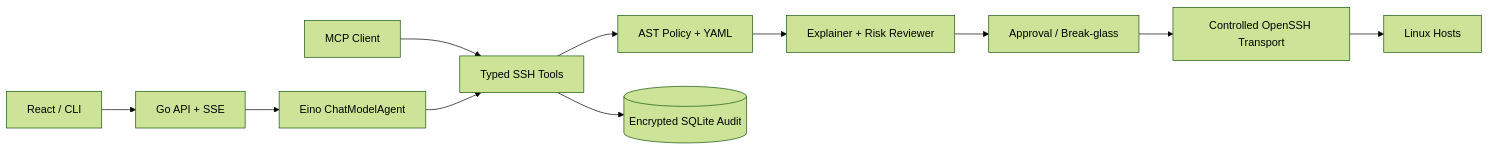
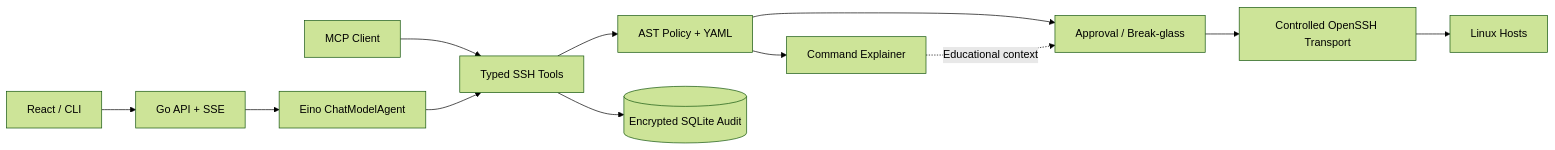
One commit to Enterpr1se0/eino-ops-agent changed the diagram in README.md. Above: the diagram before and after it, drawn with Mermaid (forest theme). The commit also changed other lines of this file and 13 other files, not shown here.

````diff
--- a/README.md
+++ b/README.md
@@ -21,13 +21,14 @@
 ```mermaid
 flowchart LR
     UI[React / CLI] --> API[Go API + SSE]
     API --> Eino[Eino ChatModelAgent]
     MCP[MCP Client] --> Tools[Typed SSH Tools]
     Eino --> Tools
     Tools --> Policy[AST Policy + YAML]
-    Policy --> Review[Explainer + Risk Reviewer]
-    Review --> Approval[Approval / Break-glass]
+    Policy --> Approval[Approval / Break-glass]
+    Policy --> Explain[Command Explainer]
+    Explain -. Educational context .-> Approval
     Approval --> SSH[Controlled OpenSSH Transport]
     SSH --> Host[Linux Hosts]
     Tools --> Audit[(Encrypted SQLite Audit)]
 ```
````
